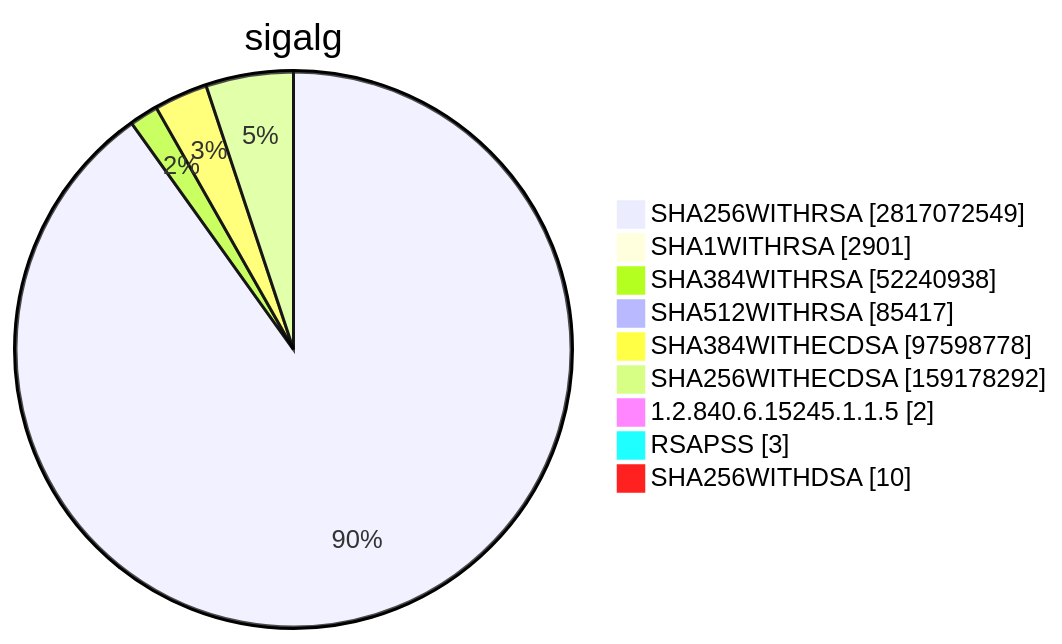
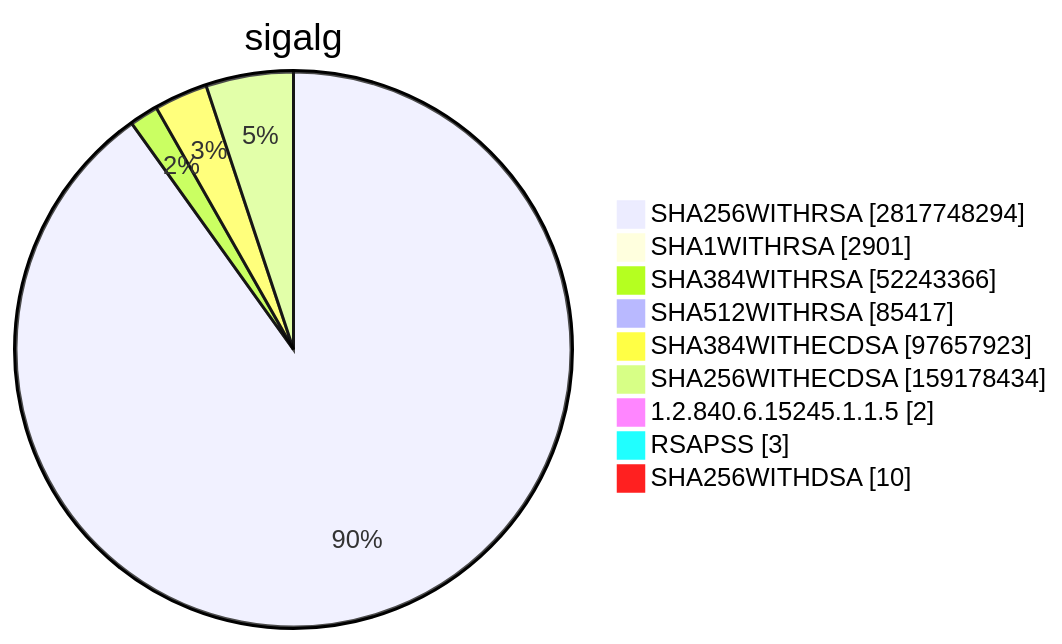
Diagram 15 of 15 in TOTAL/README.md (christiankrug/ctmonitor_visualization), drawn with Mermaid before and after one commit. The commit also changed other lines of this file, not shown here.

````diff
--- a/TOTAL/README.md
+++ b/TOTAL/README.md
@@ -6205,13 +6205,13 @@
 ```mermaid
 pie showData
 title sigalg
-"SHA256WITHRSA" :2817072549
+"SHA256WITHRSA" :2817748294
 "SHA1WITHRSA" :2901
-"SHA384WITHRSA" :52240938
+"SHA384WITHRSA" :52243366
 "SHA512WITHRSA" :85417
-"SHA384WITHECDSA" :97598778
-"SHA256WITHECDSA" :159178292
+"SHA384WITHECDSA" :97657923
+"SHA256WITHECDSA" :159178434
 "1.2.840.6.15245.1.1.5" :2
 "RSAPSS" :3
 "SHA256WITHDSA" :10
 ```
````
